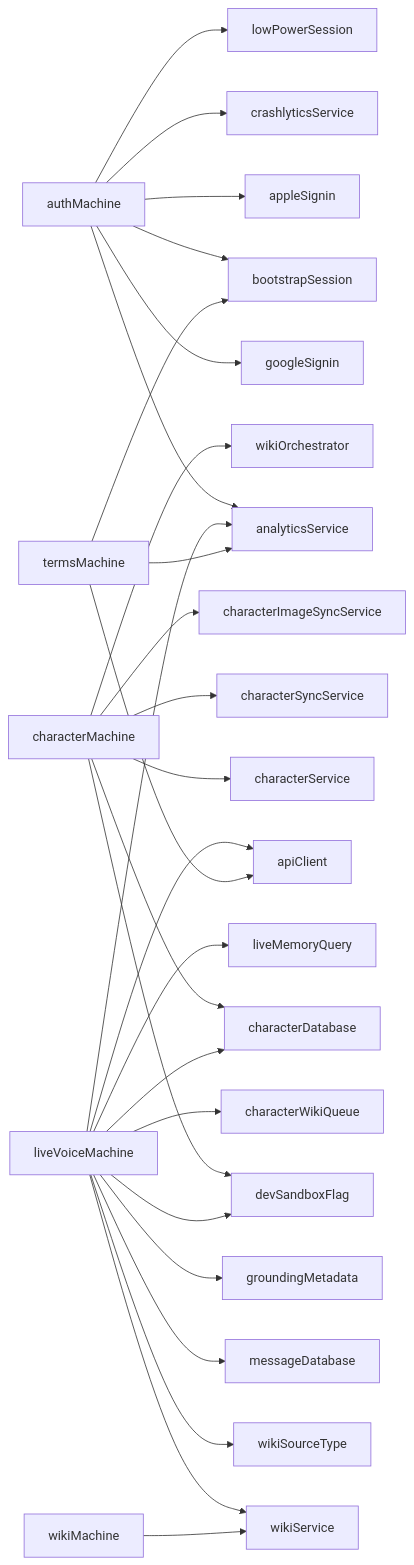
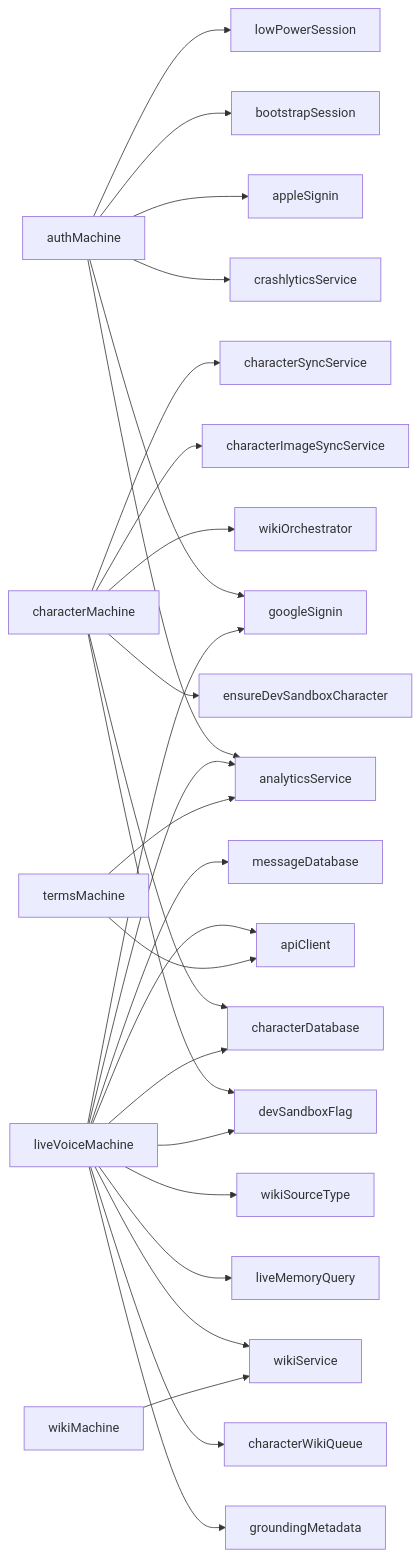
The diagram in docs/flowcharts/MACHINES.md (equationalapplications/clanker), drawn with Mermaid before and after one commit. The commit also changed 4 other files, not shown here.

First line of the commit message:
docs(flowcharts): regenerate from codegraph index

````diff
--- a/docs/flowcharts/MACHINES.md
+++ b/docs/flowcharts/MACHINES.md
@@ -5,29 +5,29 @@
 ```mermaid
 graph LR
+  authMachine --> crashlyticsService
+  authMachine --> analyticsService
   authMachine --> googleSignin
   authMachine --> appleSignin
   authMachine --> bootstrapSession
-  authMachine --> crashlyticsService
-  authMachine --> analyticsService
   authMachine --> lowPowerSession
-  characterMachine --> characterService
+  characterMachine --> devSandboxFlag
+  characterMachine --> ensureDevSandboxCharacter
   characterMachine --> characterDatabase
+  characterMachine --> wikiOrchestrator
+  characterMachine --> characterImageSyncService
   characterMachine --> characterSyncService
-  characterMachine --> characterImageSyncService
-  characterMachine --> wikiOrchestrator
-  characterMachine --> devSandboxFlag
   liveVoiceMachine --> analyticsService
-  liveVoiceMachine --> devSandboxFlag
-  liveVoiceMachine --> wikiService
-  liveVoiceMachine --> apiClient
-  liveVoiceMachine --> wikiSourceType
-  liveVoiceMachine --> messageDatabase
-  liveVoiceMachine --> characterDatabase
   liveVoiceMachine --> groundingMetadata
   liveVoiceMachine --> characterWikiQueue
   liveVoiceMachine --> liveMemoryQuery
+  liveVoiceMachine --> characterDatabase
+  liveVoiceMachine --> devSandboxFlag
+  liveVoiceMachine --> wikiService
+  liveVoiceMachine --> wikiSourceType
+  liveVoiceMachine --> apiClient
+  liveVoiceMachine --> googleSignin
+  liveVoiceMachine --> messageDatabase
+  termsMachine --> analyticsService
   termsMachine --> apiClient
-  termsMachine --> analyticsService
-  termsMachine --> bootstrapSession
   wikiMachine --> wikiService
 ```
````
